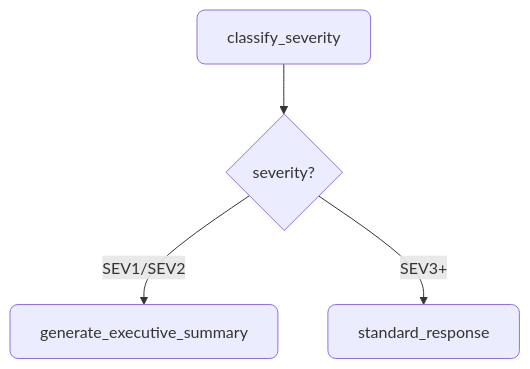
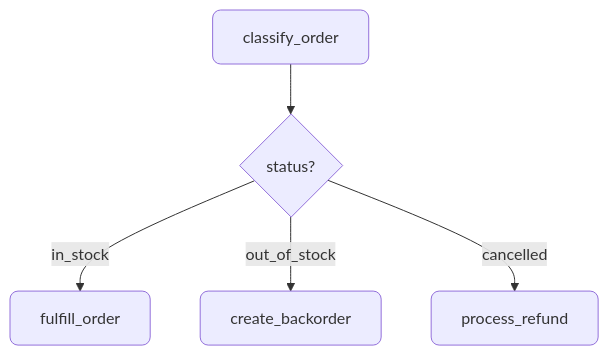
The fourth of 7 diagrams in docs.agent-actions/docs/guides/design-patterns.md (Muizzkolapo/agent-actions), drawn with Mermaid before and after one commit. The commit also changed other lines of this file and 69 other files, not shown here.

````diff
--- a/docs.agent-actions/docs/guides/design-patterns.md
+++ b/docs.agent-actions/docs/guides/design-patterns.md
@@ -325,8 +331,9 @@
 ```mermaid
 flowchart TB
-    A[classify_severity] --> B{severity?}
-    B -->|SEV1/SEV2| C[generate_executive_summary]
-    B -->|SEV3+| D[standard_response]
+    A[classify_order] --> B{status?}
+    B -->|in_stock| C[fulfill_order]
+    B -->|out_of_stock| D[create_backorder]
+    B -->|cancelled| E[process_refund]
 
     classDef default rx:8,ry:8
 ```
````
